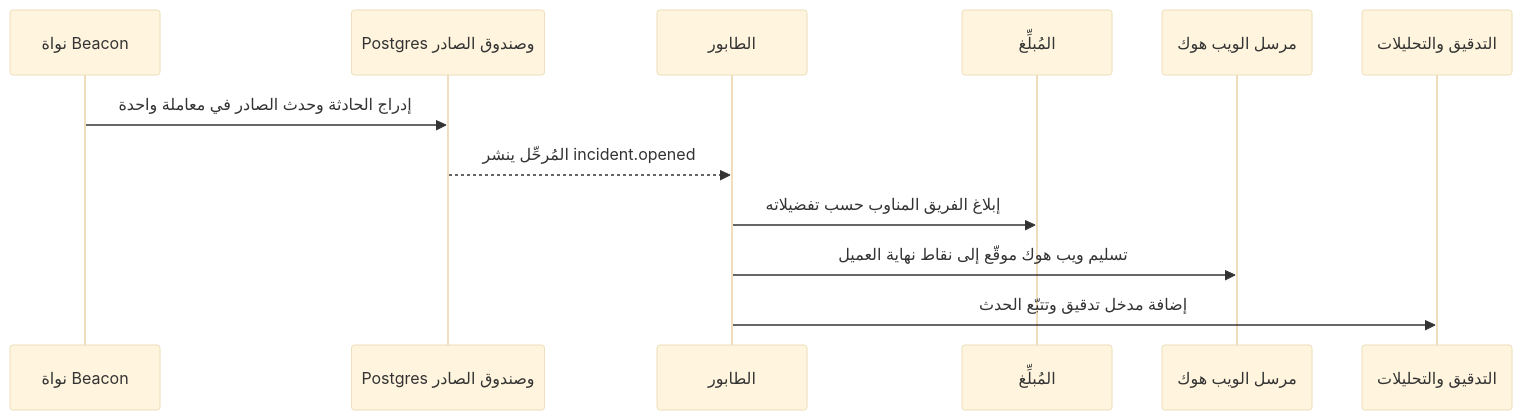
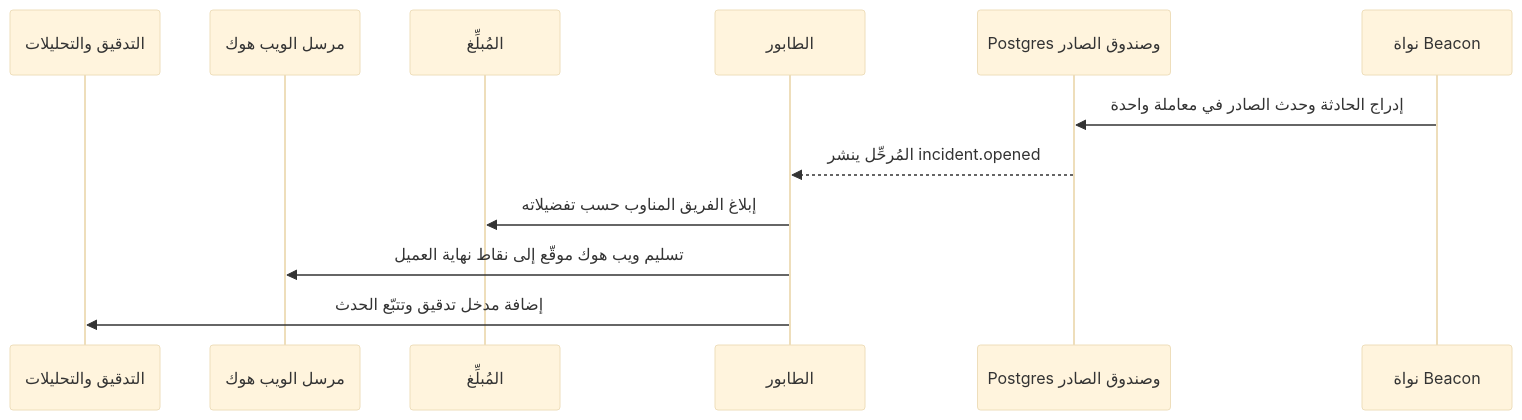
The second of 2 diagrams in saas/modules/09-capstone.ar.md (Tamoura/system-design-for-vibe-coders), drawn with Mermaid (base theme) before and after one commit. The commit also changed other lines of this file and 31 other files, not shown here.

First line of the commit message:
Arabic editions: diagrams flow right to left

````diff
--- a/saas/modules/09-capstone.ar.md
+++ b/saas/modules/09-capstone.ar.md
@@ -97,14 +97,14 @@
 ```mermaid
 sequenceDiagram
+    participant A as التدقيق والتحليلات
+    participant H as مرسل الويب هوك
+    participant N as المُبلِّغ
+    participant Q as الطابور
+    participant DB as Postgres وصندوق الصادر
     participant Core as نواة Beacon
-    participant DB as Postgres وصندوق الصادر
-    participant Q as الطابور
-    participant N as المُبلِّغ
-    participant H as مرسل الويب هوك
-    participant A as التدقيق والتحليلات
     Core->>DB: إدراج الحادثة وحدث الصادر في معاملة واحدة
     DB-->>Q: المُرحِّل ينشر incident.opened
     Q->>N: إبلاغ الفريق المناوب حسب تفضيلاته
     Q->>H: تسليم ويب هوك موقّع إلى نقاط نهاية العميل
     Q->>A: إضافة مدخل تدقيق وتتبّع الحدث
 ```
````
